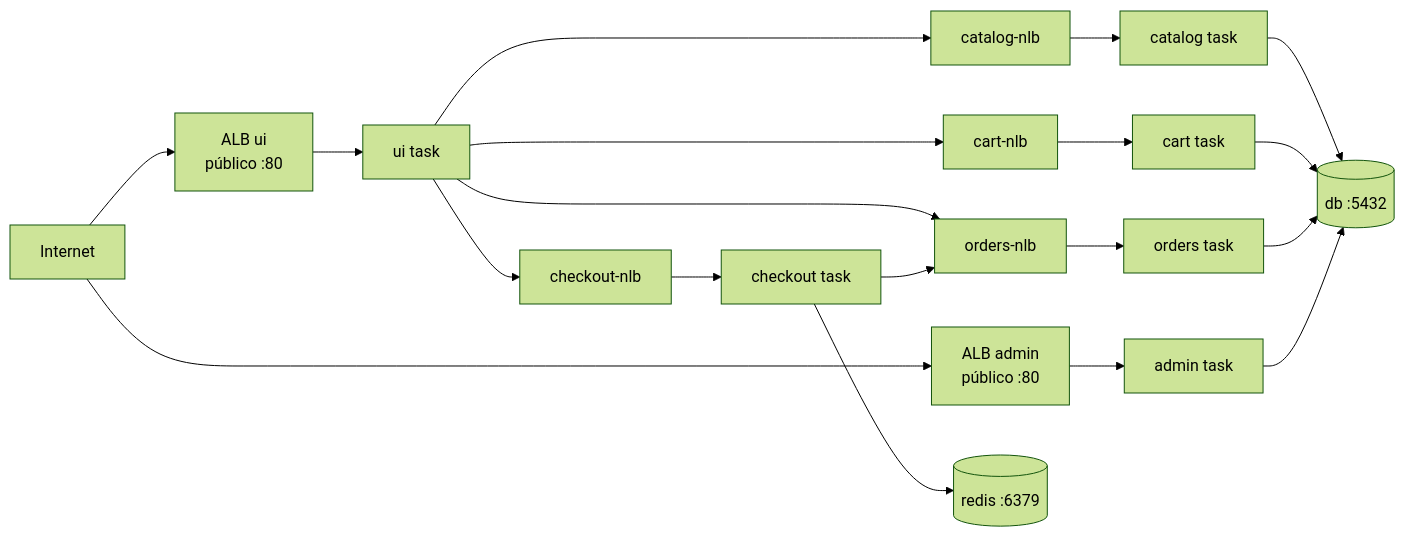
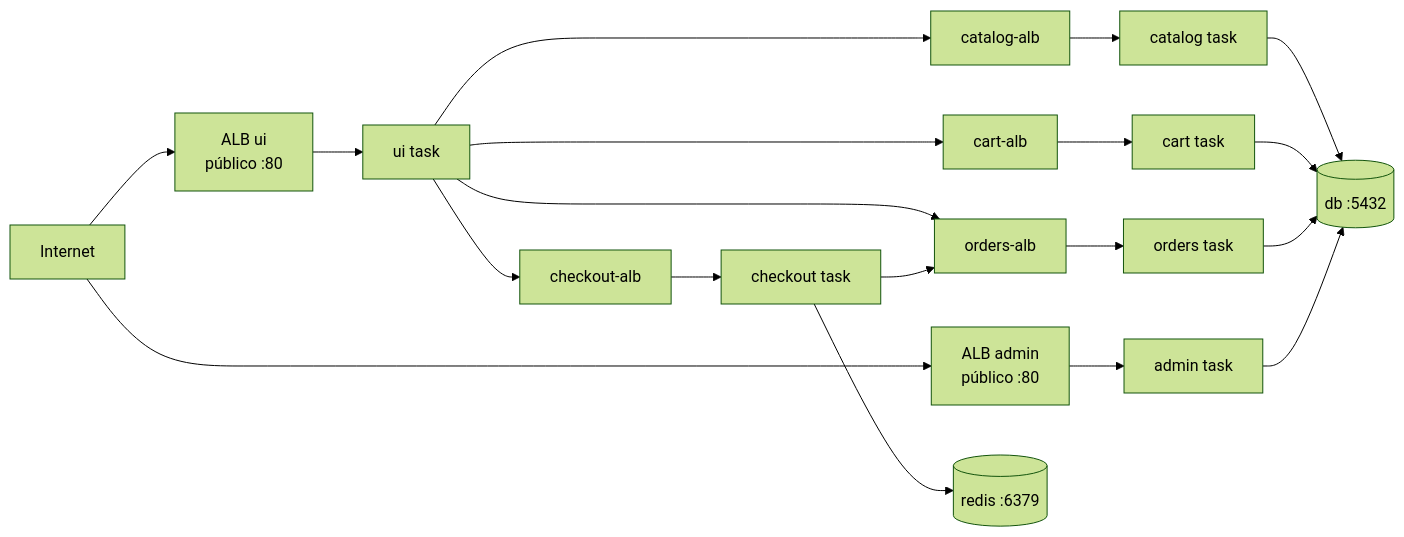
The second of 7 diagrams in docs/arquitectura.md (Luis-Mendaro/RetailStore-Obligatorio), drawn with Mermaid (forest theme) before and after one commit. The commit also changed other lines of this file and 4 other files, not shown here.

````diff
--- a/docs/arquitectura.md
+++ b/docs/arquitectura.md
@@ -34,21 +33,21 @@
 ```mermaid
 flowchart LR
     Internet --> ALB_UI["ALB ui\npúblico :80"]
     Internet --> ALB_Admin["ALB admin\npúblico :80"]
     ALB_UI --> UI[ui task]
     ALB_Admin --> Admin[admin task]
-    UI --> CatNLB[catalog-nlb]
-    UI --> CartNLB[cart-nlb]
-    UI --> ChkNLB[checkout-nlb]
-    UI --> OrdNLB[orders-nlb]
-    CatNLB --> Catalog[catalog task]
-    CartNLB --> Cart[cart task]
-    ChkNLB --> Checkout[checkout task]
-    OrdNLB --> Orders[orders task]
-    Checkout --> OrdNLB
+    UI --> CatALB[catalog-alb]
+    UI --> CartALB[cart-alb]
+    UI --> ChkALB[checkout-alb]
+    UI --> OrdALB[orders-alb]
+    CatALB --> Catalog[catalog task]
+    CartALB --> Cart[cart task]
+    ChkALB --> Checkout[checkout task]
+    OrdALB --> Orders[orders task]
+    Checkout --> OrdALB
     Checkout --> Redis[(redis :6379)]
     Catalog --> DB[(db :5432)]
     Cart --> DB
     Orders --> DB
     Admin --> DB
 ```
````
